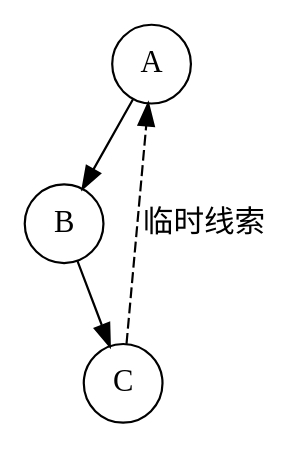
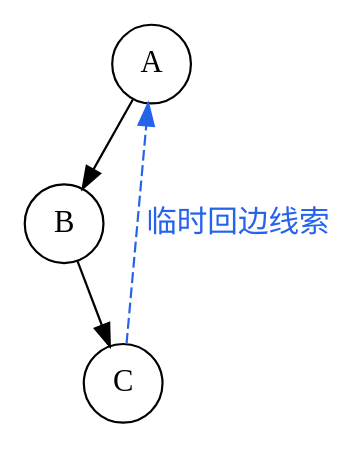
One commit to AzenAnn/DSA-Mastery changed the seventh of 7 diagrams in content/chapter-04-tree/03-threaded-binary-tree.md. Above: the diagram before and after it, drawn with Graphviz. The commit also changed other lines of this file and 33 other files, not shown here.

Commit message:
feat(chapter-04): enhance traversal and threaded tree theory, add graphviz diagrams, and standardize lab docs

````diff
--- a/content/chapter-04-tree/03-threaded-binary-tree.md
+++ b/content/chapter-04-tree/03-threaded-binary-tree.md
@@ -324,9 +474,9 @@
 ```graphviz
 digraph MorrisConcept {
   rankdir=TB;
   node [shape=circle];
   A -> B;
   B -> C;
-  C -> A [style=dashed, label="临时线索"];
+  C -> A [style=dashed, color="#2563eb", fontcolor="#2563eb", label=" 临时回边线索"];
 }
 ```
````
